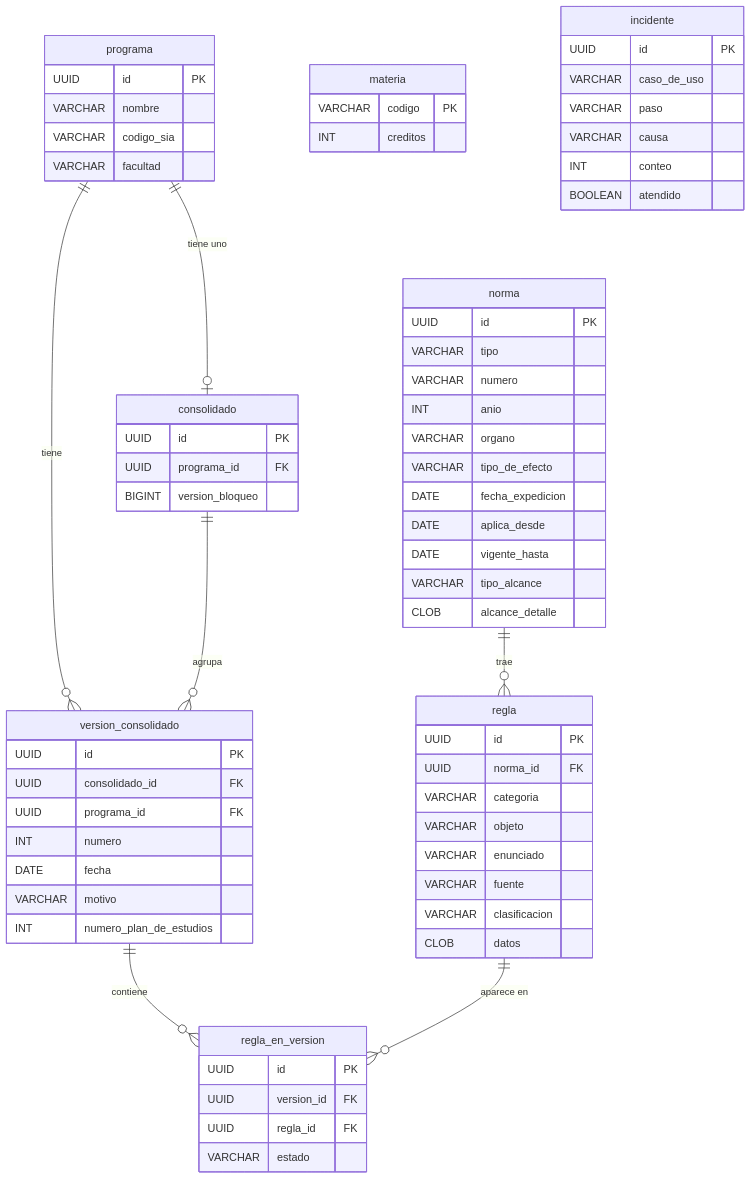
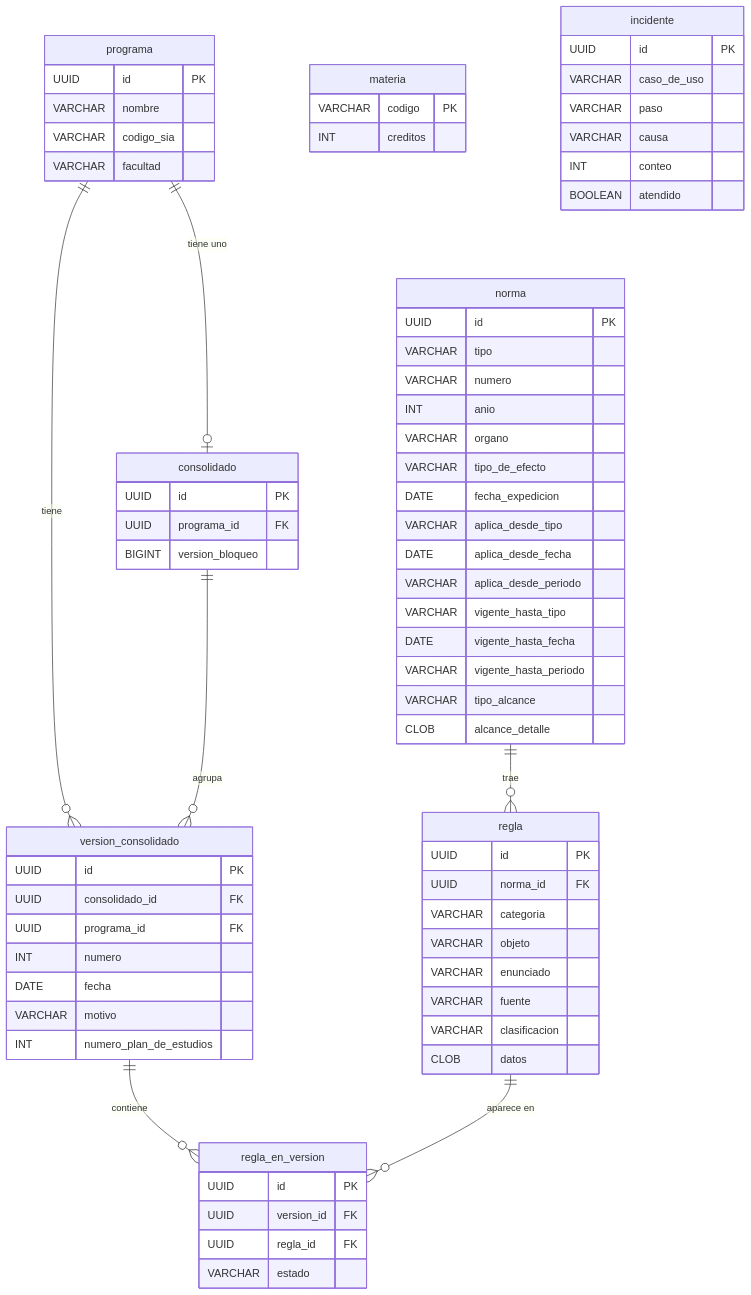
The diagram in docs/datos/esquema-de-la-base.md (SamuelGomezG/RutaUN), drawn with Mermaid before and after one commit. The commit also changed other lines of this file and 18 other files, not shown here.

````diff
--- a/docs/datos/esquema-de-la-base.md
+++ b/docs/datos/esquema-de-la-base.md
@@ -19,71 +19,75 @@
 ```mermaid
 erDiagram
     programa ||--o| consolidado : "tiene uno"
     programa ||--o{ version_consolidado : "tiene"
     consolidado ||--o{ version_consolidado : "agrupa"
     version_consolidado ||--o{ regla_en_version : "contiene"
     regla ||--o{ regla_en_version : "aparece en"
     norma ||--o{ regla : "trae"
 
     programa {
         UUID id PK
         VARCHAR nombre
         VARCHAR codigo_sia
         VARCHAR facultad
     }
     norma {
         UUID id PK
         VARCHAR tipo
         VARCHAR numero
         INT anio
         VARCHAR organo
         VARCHAR tipo_de_efecto
         DATE fecha_expedicion
-        DATE aplica_desde
-        DATE vigente_hasta
+        VARCHAR aplica_desde_tipo
+        DATE aplica_desde_fecha
+        VARCHAR aplica_desde_periodo
+        VARCHAR vigente_hasta_tipo
+        DATE vigente_hasta_fecha
+        VARCHAR vigente_hasta_periodo
         VARCHAR tipo_alcance
         CLOB alcance_detalle
     }
     regla {
         UUID id PK
         UUID norma_id FK
         VARCHAR categoria
         VARCHAR objeto
         VARCHAR enunciado
         VARCHAR fuente
         VARCHAR clasificacion
         CLOB datos
     }
     consolidado {
         UUID id PK
         UUID programa_id FK
         BIGINT version_bloqueo
     }
     version_consolidado {
         UUID id PK
         UUID consolidado_id FK
         UUID programa_id FK
         INT numero
         DATE fecha
         VARCHAR motivo
         INT numero_plan_de_estudios
     }
     regla_en_version {
         UUID id PK
         UUID version_id FK
         UUID regla_id FK
         VARCHAR estado
     }
     materia {
         VARCHAR codigo PK
         INT creditos
     }
     incidente {
         UUID id PK
         VARCHAR caso_de_uso
         VARCHAR paso
         VARCHAR causa
         INT conteo
         BOOLEAN atendido
     }
 ```
````
